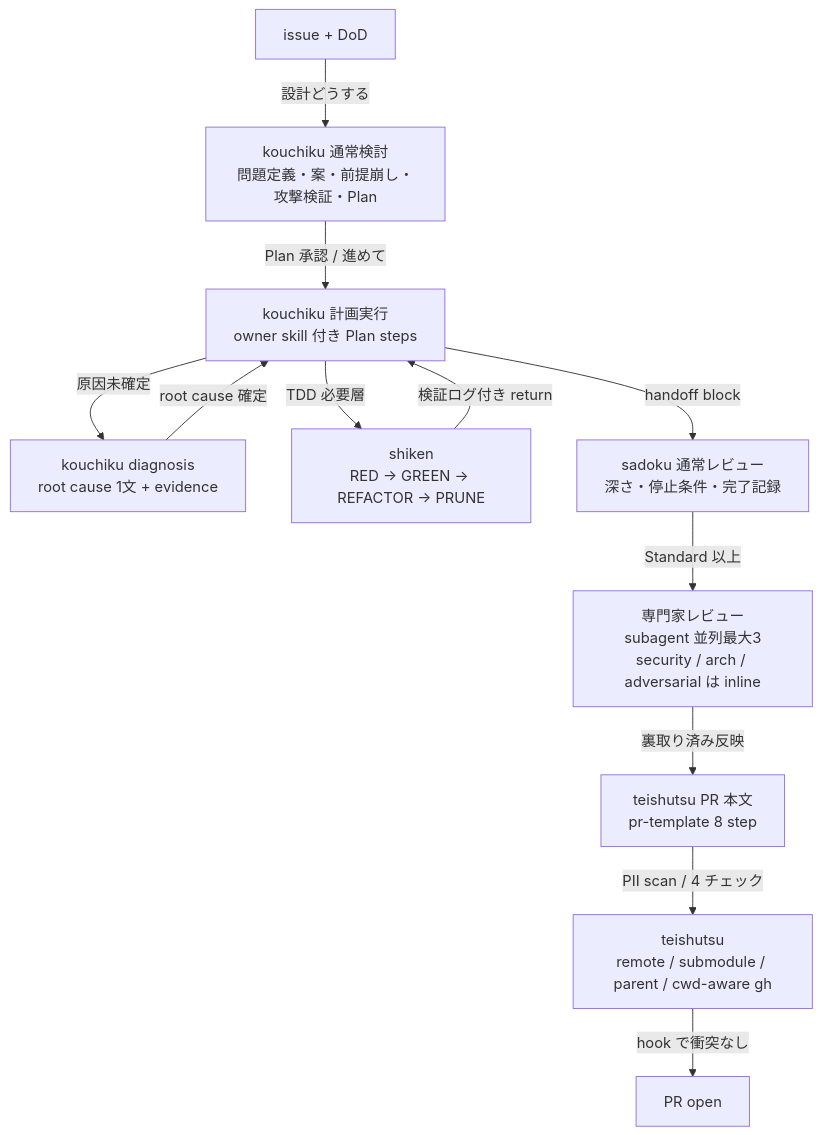
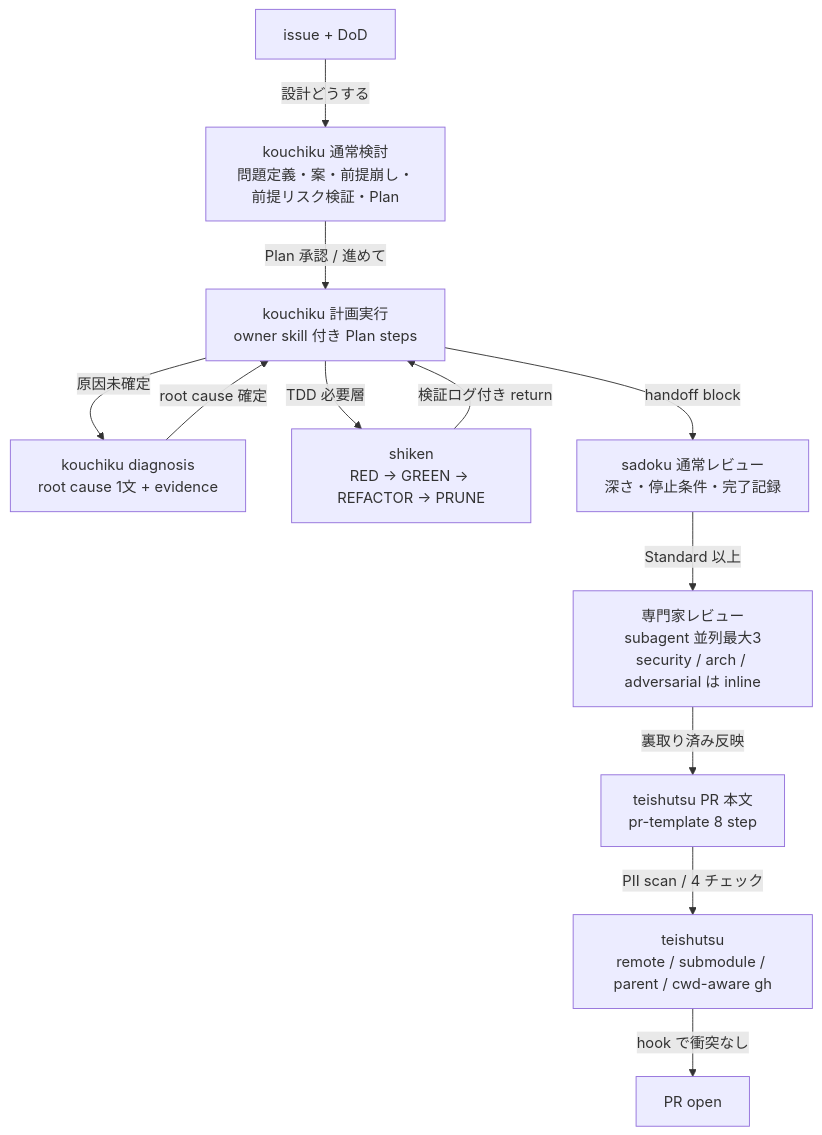
Before and after one commit to hayashiii-ghub/hikizan: the second of 6 diagrams in docs/workflow.md, drawn with Mermaid. The commit also changed other lines of this file and 14 other files, not shown here.

````diff
--- a/docs/workflow.md
+++ b/docs/workflow.md
@@ -62,14 +62,14 @@
 ```mermaid
 flowchart TB
-  A["issue + DoD"] -->|"設計どうする"| B["kouchiku 通常検討<br/>問題定義・案・前提崩し・攻撃検証・Plan"]
+  A["issue + DoD"] -->|"設計どうする"| B["kouchiku 通常検討<br/>問題定義・案・前提崩し・前提リスク検証・Plan"]
   B -->|"Plan 承認 / 進めて"| C["kouchiku 計画実行<br/>owner skill 付き Plan steps"]
   C -->|"原因未確定"| I["kouchiku diagnosis<br/>root cause 1文 + evidence"]
   I -->|"root cause 確定"| C
   C -->|"TDD 必要層"| D["shiken<br/>RED → GREEN → REFACTOR → PRUNE"]
   D -->|"検証ログ付き return"| C
   C -->|"handoff block"| E["sadoku 通常レビュー<br/>深さ・停止条件・完了記録"]
   E -->|"Standard 以上"| F["専門家レビュー<br/>subagent 並列最大3<br/>security / arch / adversarial は inline"]
   F -->|"裏取り済み反映"| G["teishutsu PR 本文<br/>pr-template 8 step"]
   G -->|"PII scan / 4 チェック"| H["teishutsu<br/>remote / submodule / parent / cwd-aware gh"]
   H -->|"hook で衝突なし"| J["PR open"]
 ```
````
